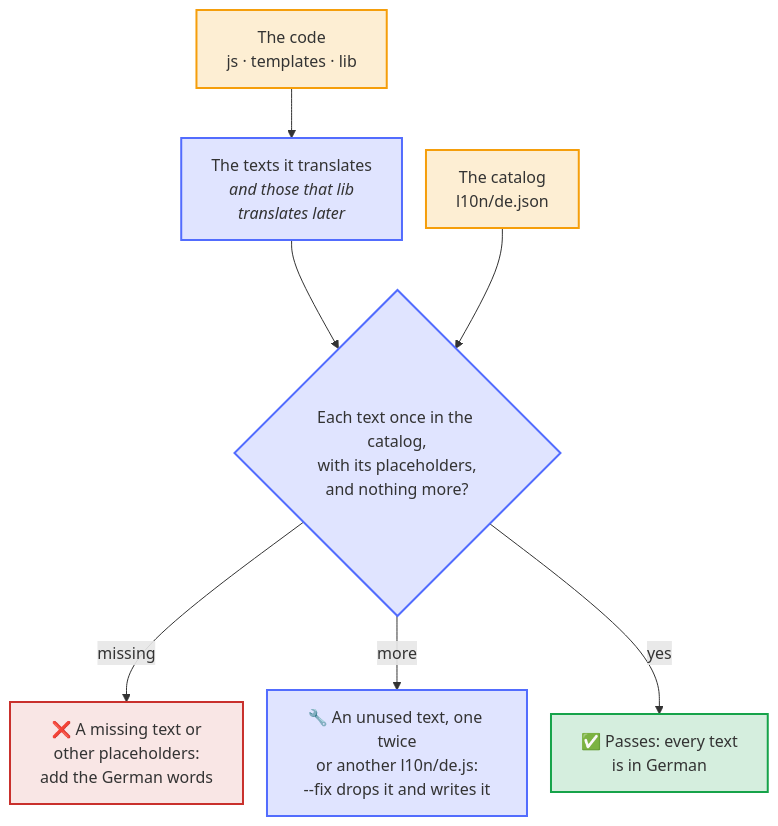
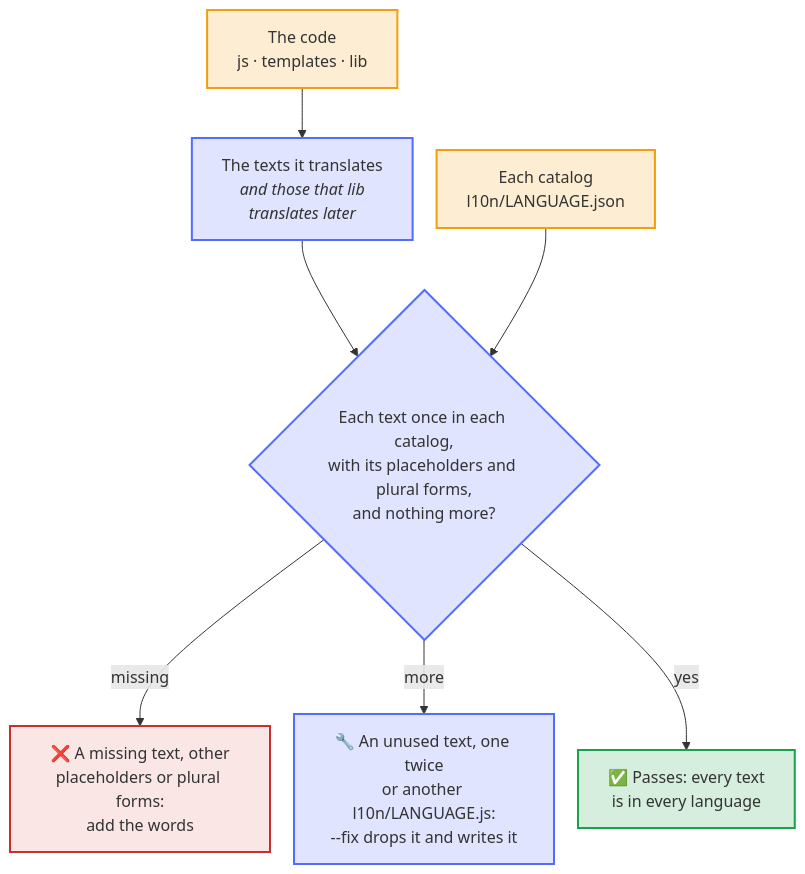
The diagram in docs/diagrams/what-the-check-of-the-translations-finds.mmd (Dennis-Otto/paperless-sync), drawn with Mermaid before and after one commit. The commit also changed 46 other files, not shown here.

First line of the commit message:
feat(i18n): French and Spanish, and a check that keeps every language complete (#319)

```diff
--- a/docs/diagrams/what-the-check-of-the-translations-finds.mmd
+++ b/docs/diagrams/what-the-check-of-the-translations-finds.mmd
@@ -1,31 +1,31 @@
 ---
 config:
   flowchart:
     nodeSpacing: 24
 ---
 flowchart TB
     accTitle: What the check of the translations finds
-    accDescr: scripts/check-l10n.mjs reads the texts that the code translates, translate() and translatePlural() in js, ->t() and ->n() in templates and lib, and the texts that lib translates later, of a ConnectionCheck, an InvalidSettingException and the errors that a run keeps, with the constants that they name. It compares them with the German catalog l10n/de.json. A text that the catalog lacks, or a German text with other placeholders than its English one, fails the check with the place in the code; it needs German words. A text that no code translates, a text twice, or an l10n/de.js that differs from l10n/de.json fails as well, and node scripts/check-l10n.mjs --fix drops the text and writes l10n/de.js anew. Otherwise the check passes.
+    accDescr: scripts/check-l10n.mjs reads the texts that the code translates, translate() and translatePlural() in js, ->t() and ->n() in templates and lib, and the texts that lib translates later, of a ConnectionCheck, an InvalidSettingException and the errors that a run keeps, with the constants that they name. It compares them with every catalog l10n/LANGUAGE.json. A text that a catalog lacks, a translation with other placeholders than its English one or with a lone percent sign, or a plural with other forms than the rule of its language fails the check with its place; it needs words. A text that no code translates, a text twice, or an l10n/LANGUAGE.js that differs from its l10n/LANGUAGE.json fails as well, and node scripts/check-l10n.mjs --fix drops the text and writes l10n/LANGUAGE.js anew. Otherwise the check passes.
 
     code["The code<br>js · templates · lib"]
     texts["`The texts it translates<br>*and those that lib*<br>*translates later*`"]
-    catalog["The catalog<br>l10n/de.json"]
-    compare{"Each text once in the catalog,<br>with its placeholders,<br>and nothing more?"}
-    missing["❌ A missing text or<br>other placeholders:<br>add the German words"]
-    unused["🔧 An unused text, one twice<br>or another l10n/de.js:<br>--fix drops it and writes it"]
-    passed["✅ Passes: every text<br>is in German"]
+    catalog["Each catalog<br>l10n/LANGUAGE.json"]
+    compare{"Each text once in each catalog,<br>with its placeholders and plural forms,<br>and nothing more?"}
+    missing["❌ A missing text, other<br>placeholders or plural forms:<br>add the words"]
+    unused["🔧 An unused text, one twice<br>or another l10n/LANGUAGE.js:<br>--fix drops it and writes it"]
+    passed["✅ Passes: every text<br>is in every language"]
 
     code --> texts --> compare
     catalog --> compare
     compare -- "missing" --> missing
     compare -- "more" --> unused
     compare -- "yes" --> passed
 
     classDef source fill:#f59e0b2e,stroke:#f59e0b,stroke-width:2px
     classDef check fill:#526cfe2e,stroke:#526cfe,stroke-width:2px
     classDef done fill:#16a34a2e,stroke:#16a34a,stroke-width:2px
     classDef refused fill:#c9302c1f,stroke:#c9302c,stroke-width:2px
     class code,catalog source
     class texts,compare,unused check
     class passed done
     class missing refused
```
